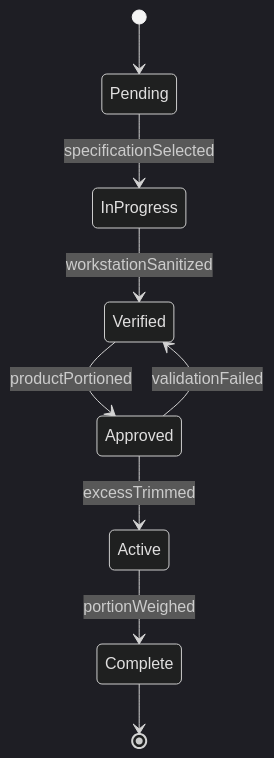
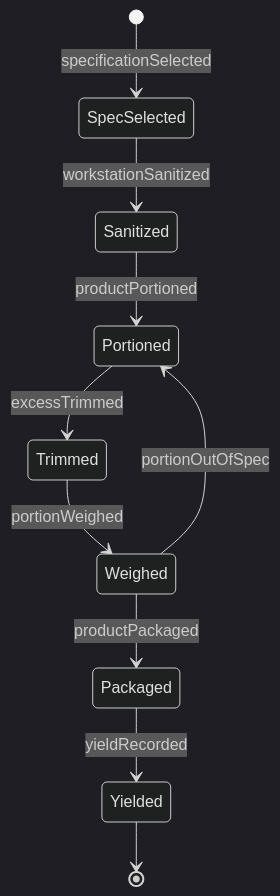
Before and after one commit to dot-org-ai/tasks.org.ai: the second of 4 diagrams in HandlingAndMovingObjects/HandleFoodOrFoodPreparationMaterials/CutFoodProducts.mdx, drawn with Mermaid (dark theme). The commit also changed other lines of this file and 515 other files, not shown here.

````diff
--- a/HandlingAndMovingObjects/HandleFoodOrFoodPreparationMaterials/CutFoodProducts.mdx
+++ b/HandlingAndMovingObjects/HandleFoodOrFoodPreparationMaterials/CutFoodProducts.mdx
@@ -100,11 +101,12 @@
 ```mermaid
 stateDiagram-v2
-    [*] --> Pending
-    Pending --> InProgress : specificationSelected
-    InProgress --> Verified : workstationSanitized
-    Verified --> Approved : productPortioned
-    Approved --> Active : excessTrimmed
-    Active --> Complete : portionWeighed
-    Approved --> Verified : validationFailed
-    Complete --> [*]
+    [*] --> SpecSelected : specificationSelected
+    SpecSelected --> Sanitized : workstationSanitized
+    Sanitized --> Portioned : productPortioned
+    Portioned --> Trimmed : excessTrimmed
+    Trimmed --> Weighed : portionWeighed
+    Weighed --> Packaged : productPackaged
+    Weighed --> Portioned : portionOutOfSpec
+    Packaged --> Yielded : yieldRecorded
+    Yielded --> [*]
 ```
````
